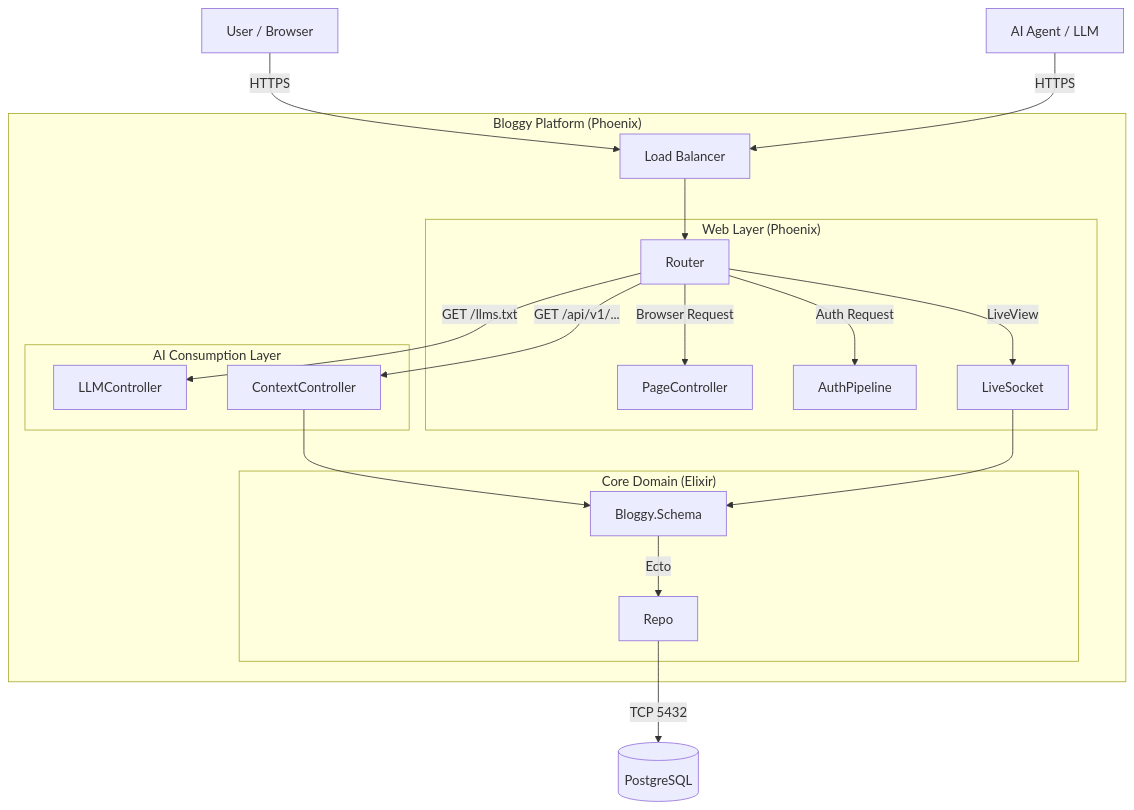
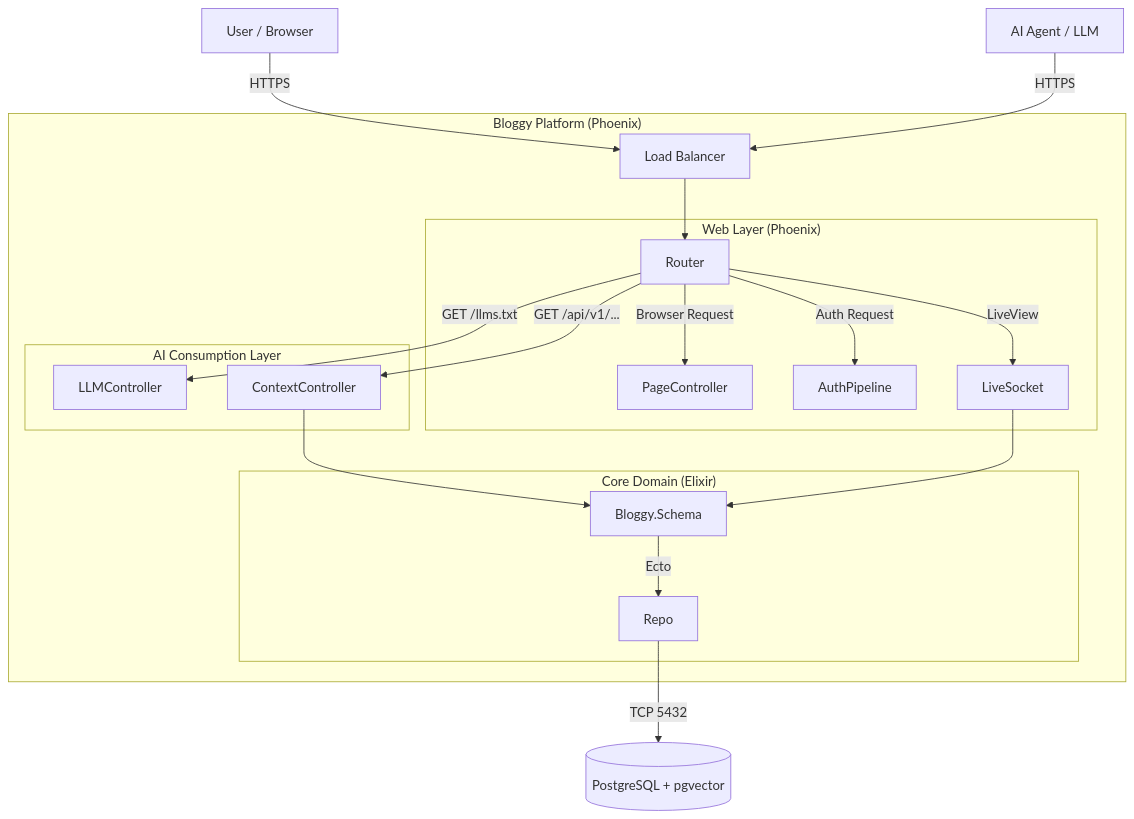
The first of 2 diagrams in ARCHITECTURE.md (csa7mdm/bloggy), drawn with Mermaid before and after one commit. The commit also changed 11 other files, not shown here.

````diff
--- a/ARCHITECTURE.md
+++ b/ARCHITECTURE.md
@@ -11,28 +11,28 @@
 ```mermaid
 graph TD
     User[User / Browser] -->|HTTPS| LB[Load Balancer]
     Agent[AI Agent / LLM] -->|HTTPS| LB
     
     subgraph "Bloggy Platform (Phoenix)"
         LB --> Router
         
         subgraph "Web Layer (Phoenix)"
             Router -->|Browser Request| PageController
             Router -->|Auth Request| AuthPipeline
             Router -->|LiveView| LiveSocket
         end
         
         subgraph "AI Consumption Layer"
             Router -->|GET /llms.txt| LLMController
             Router -->|GET /api/v1/...| ContextController
         end
         
         subgraph "Core Domain (Elixir)"
             ContextController --> Bloggy.Schema
             LiveSocket --> Bloggy.Schema
             Bloggy.Schema -->|Ecto| Repo
         end
     end
     
-    Repo -->|TCP 5432| DB[(PostgreSQL)]
+    Repo -->|TCP 5432| DB[(PostgreSQL + pgvector)]
 ```
````
